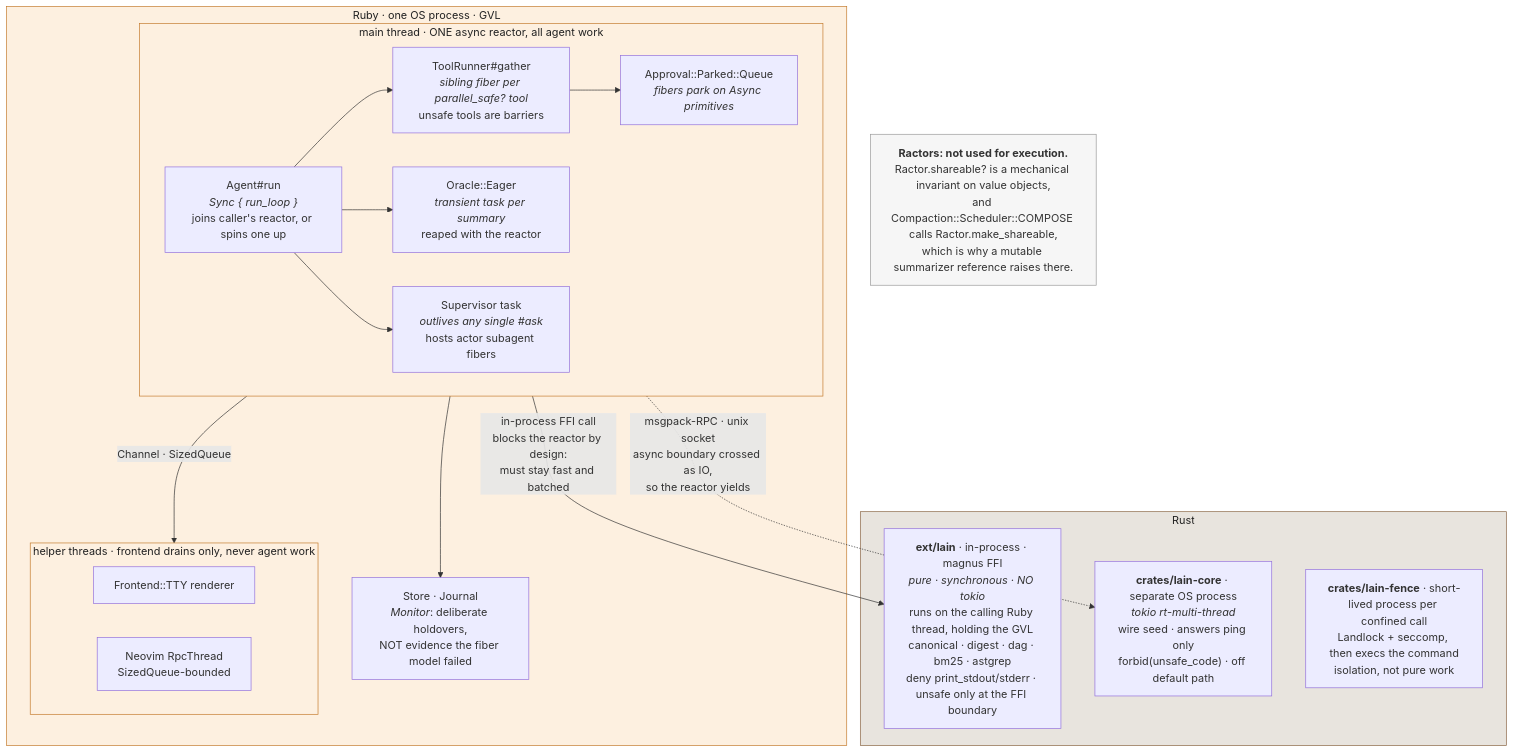
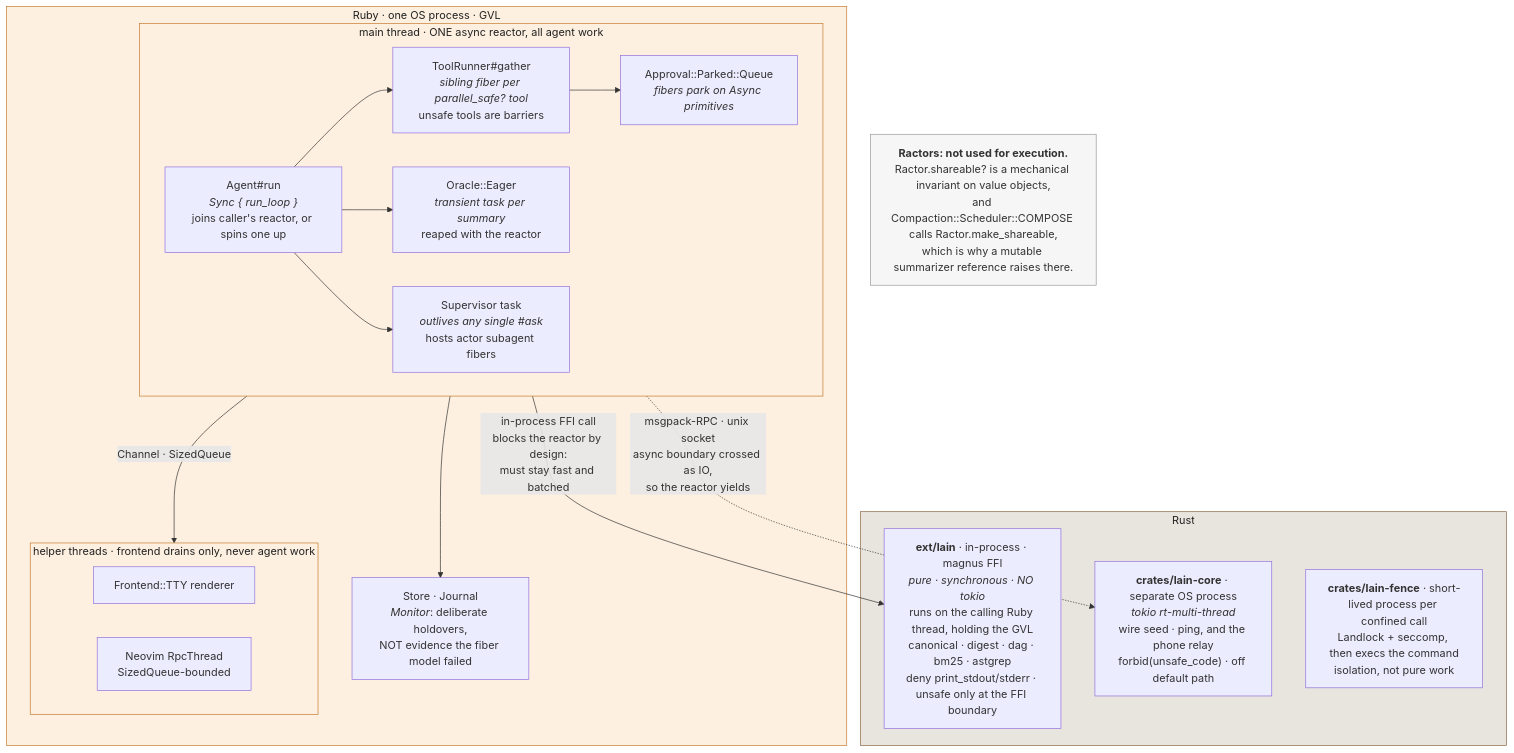
One commit to liaden/lain changed the second of 6 diagrams in ARCHITECTURE.md. Above: the diagram before and after it, drawn with Mermaid. The commit also changed other lines of this file and 12 other files, not shown here.

````diff
--- a/ARCHITECTURE.md
+++ b/ARCHITECTURE.md
@@ -72,40 +73,40 @@
 ```mermaid
 flowchart TB
   subgraph RUBY["Ruby · one OS process · GVL"]
     subgraph REACTOR["main thread · ONE async reactor, all agent work"]
       LOOP["Agent#run<br/><i>Sync { run_loop }</i><br/>joins caller's reactor, or spins one up"]
       GATHER["ToolRunner#gather<br/><i>sibling fiber per parallel_safe? tool</i><br/>unsafe tools are barriers"]
       SUP["Supervisor task<br/><i>outlives any single #ask</i><br/>hosts actor subagent fibers"]
       EAGER["Oracle::Eager<br/><i>transient task per summary</i><br/>reaped with the reactor"]
       APPR["Approval::Parked::Queue<br/><i>fibers park on Async primitives</i>"]
     end
     subgraph THREADS["helper threads · frontend drains only, never agent work"]
       TTYT["Frontend::TTY renderer"]
       NVIMT["Neovim RpcThread<br/>SizedQueue-bounded"]
     end
     LOCKS["Store · Journal<br/><i>Monitor</i>: deliberate holdovers,<br/>NOT evidence the fiber model failed"]
   end
 
   subgraph RUST["Rust"]
     EXT["<b>ext/lain</b> · in-process · magnus FFI<br/><i>pure · synchronous · NO tokio</i><br/>runs on the calling Ruby thread, holding the GVL<br/>canonical · digest · dag · bm25 · astgrep<br/>deny print_stdout/stderr · unsafe only at the FFI boundary"]
-    CORE["<b>crates/lain-core</b> · separate OS process<br/><i>tokio rt-multi-thread</i><br/>wire seed · answers ping only<br/>forbid(unsafe_code) · off default path"]
+    CORE["<b>crates/lain-core</b> · separate OS process<br/><i>tokio rt-multi-thread</i><br/>wire seed · ping, and the phone relay<br/>forbid(unsafe_code) · off default path"]
     FENCE["<b>crates/lain-fence</b> · short-lived process per confined call<br/>Landlock + seccomp, then execs the command<br/>isolation, not pure work"]
   end
 
   LOOP --> GATHER --> APPR
   LOOP --> EAGER
   LOOP --> SUP
   REACTOR -->|"in-process FFI call<br/>blocks the reactor by design:<br/>must stay fast and batched"| EXT
   REACTOR -.->|"msgpack-RPC · unix socket<br/>async boundary crossed as IO,<br/>so the reactor yields"| CORE
   REACTOR --> LOCKS
   REACTOR -->|"Channel · SizedQueue"| THREADS
 
   RACTOR["<b>Ractors: not used for execution.</b><br/>Ractor.shareable? is a mechanical invariant on value objects,<br/>and Compaction::Scheduler::COMPOSE calls Ractor.make_shareable,<br/>which is why a mutable summarizer reference raises there."]
 
   classDef ruby fill:#fdf0e0,stroke:#c47a2c,color:#222
   classDef rust fill:#e8e4de,stroke:#8a6544,color:#222
   classDef note fill:#f6f6f6,stroke:#999,color:#333
   class RUBY,REACTOR,THREADS ruby
   class RUST rust
   class RACTOR note
 ```
````
